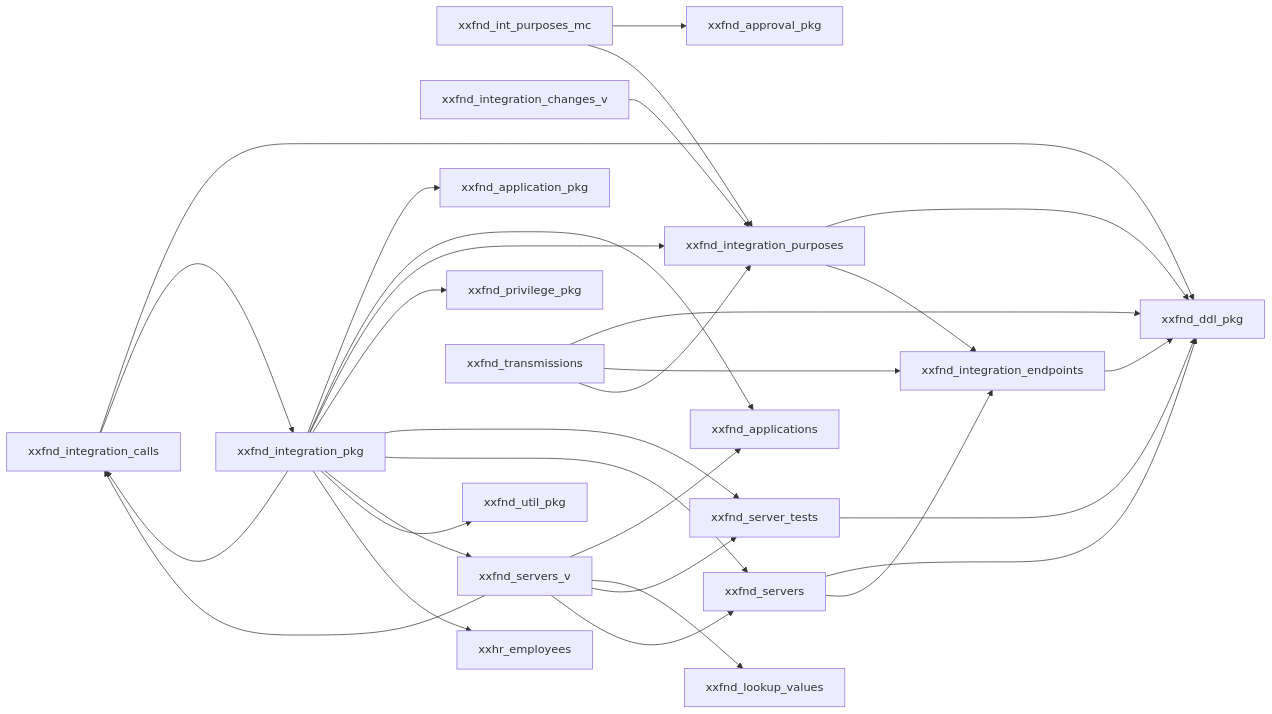
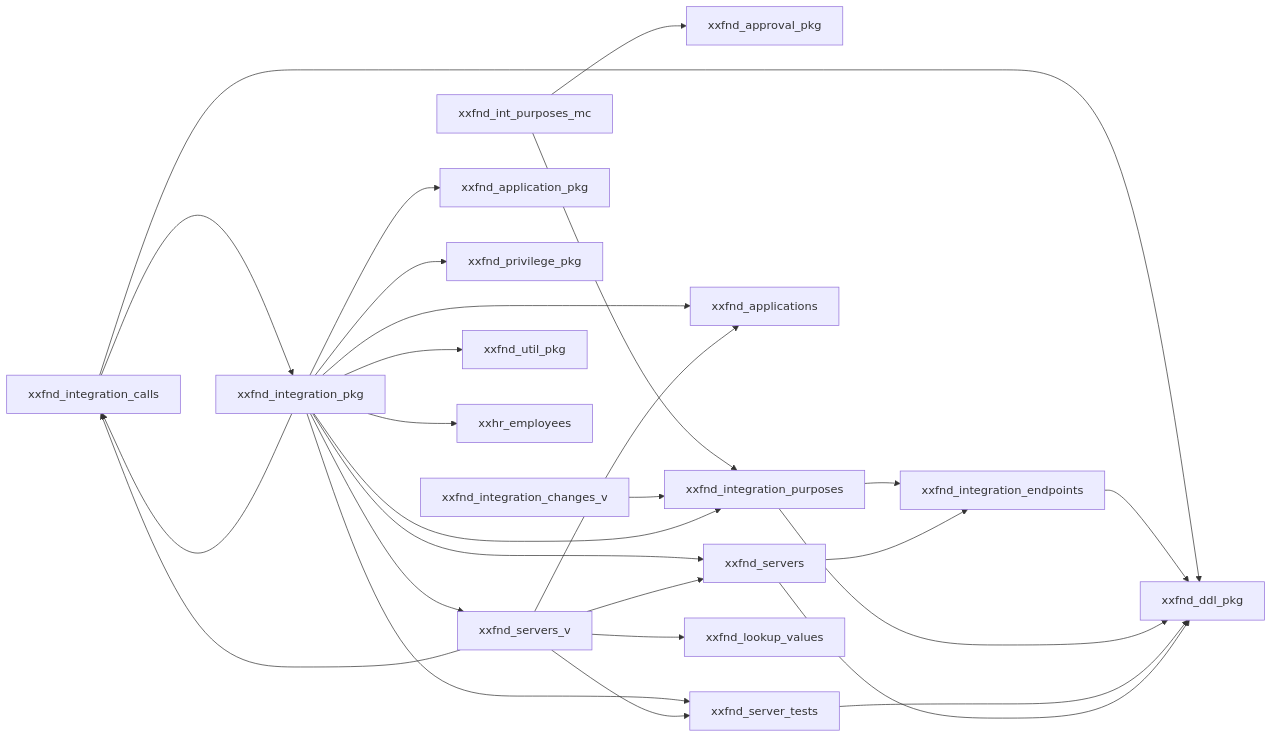
The diagram in repos/common/db/deploy/diagrams/integrations.md (mazharr-hussain/KycReport), drawn with Mermaid before and after one commit. The commit also changed 524 other files, not shown here.

````diff
--- a/repos/common/db/deploy/diagrams/integrations.md
+++ b/repos/common/db/deploy/diagrams/integrations.md
@@ -3,32 +3,29 @@
 ```mermaid
 graph LR
     xxfnd_int_purposes_mc --> xxfnd_approval_pkg
     xxfnd_int_purposes_mc --> xxfnd_integration_purposes
     xxfnd_integration_calls --> xxfnd_ddl_pkg
     xxfnd_integration_calls --> xxfnd_integration_pkg
     xxfnd_integration_changes_v --> xxfnd_integration_purposes
     xxfnd_integration_endpoints --> xxfnd_ddl_pkg
     xxfnd_integration_pkg --> xxfnd_application_pkg
     xxfnd_integration_pkg --> xxfnd_applications
     xxfnd_integration_pkg --> xxfnd_integration_calls
     xxfnd_integration_pkg --> xxfnd_integration_purposes
     xxfnd_integration_pkg --> xxfnd_privilege_pkg
     xxfnd_integration_pkg --> xxfnd_server_tests
     xxfnd_integration_pkg --> xxfnd_servers
     xxfnd_integration_pkg --> xxfnd_servers_v
     xxfnd_integration_pkg --> xxfnd_util_pkg
     xxfnd_integration_pkg --> xxhr_employees
     xxfnd_integration_purposes --> xxfnd_ddl_pkg
     xxfnd_integration_purposes --> xxfnd_integration_endpoints
     xxfnd_server_tests --> xxfnd_ddl_pkg
     xxfnd_servers --> xxfnd_ddl_pkg
     xxfnd_servers --> xxfnd_integration_endpoints
     xxfnd_servers_v --> xxfnd_applications
     xxfnd_servers_v --> xxfnd_integration_calls
     xxfnd_servers_v --> xxfnd_lookup_values
     xxfnd_servers_v --> xxfnd_server_tests
     xxfnd_servers_v --> xxfnd_servers
-    xxfnd_transmissions --> xxfnd_ddl_pkg
-    xxfnd_transmissions --> xxfnd_integration_endpoints
-    xxfnd_transmissions --> xxfnd_integration_purposes
 ```
````
